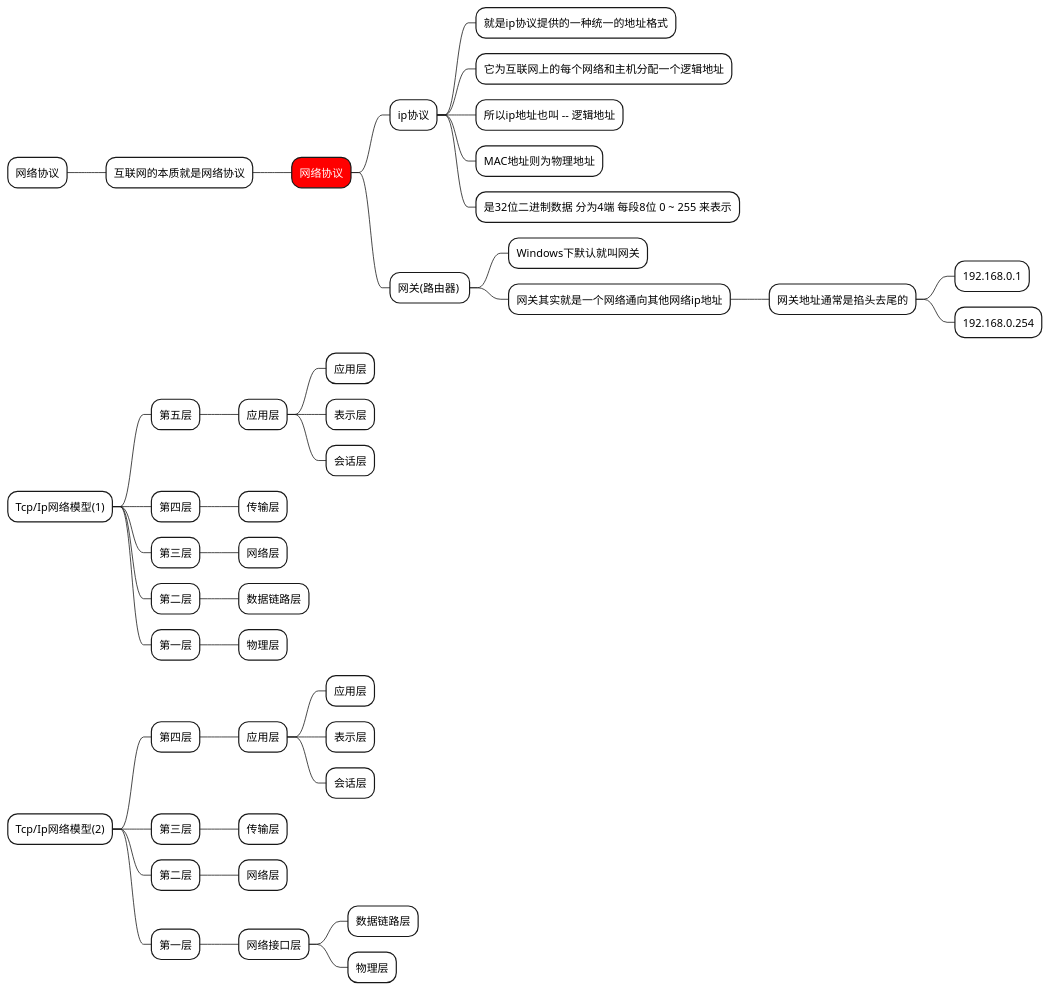
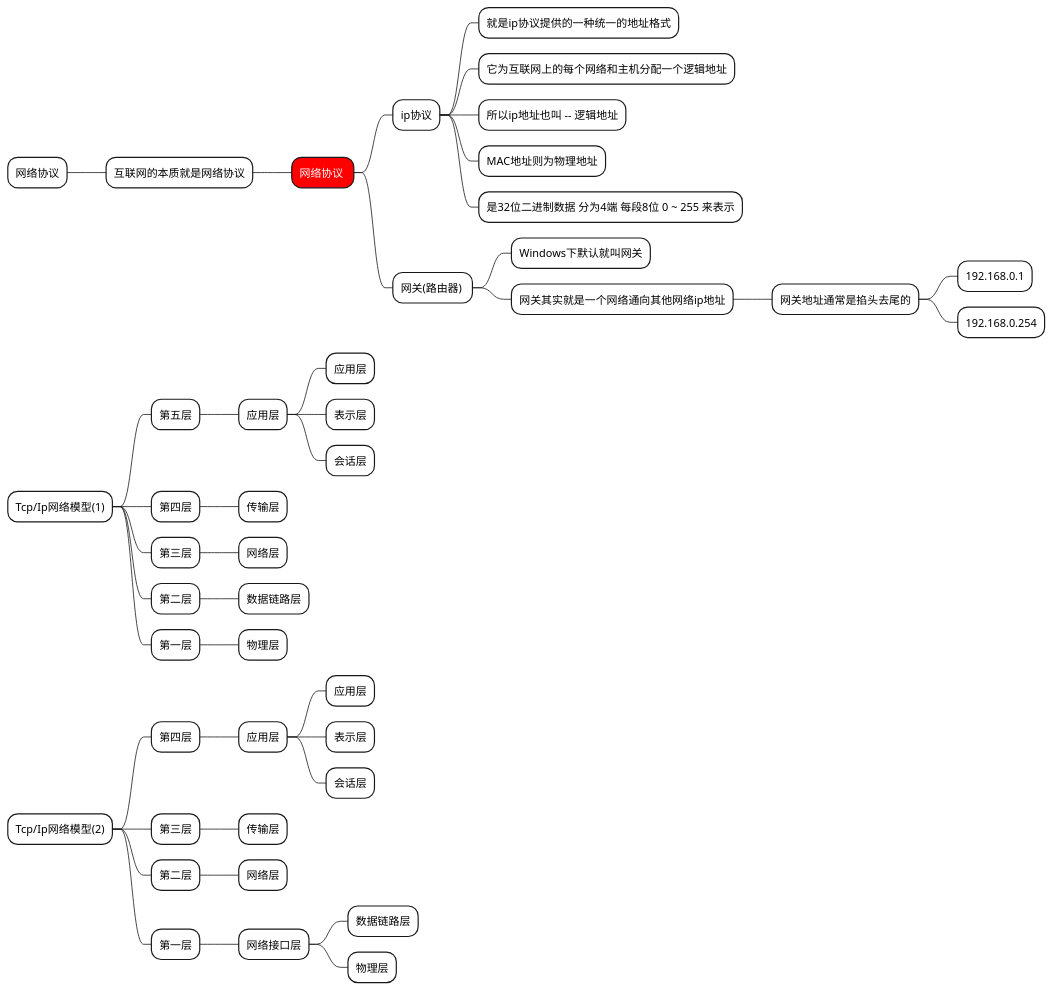
One commit to milk36/java-study-notes changed the diagram in TCP/tcp_base.puml. Above: the diagram before and after it, drawn with PlantUML. The commit also changed 3 other files, not shown here.

```diff
--- a/TCP/tcp_base.puml
+++ b/TCP/tcp_base.puml
@@ -1,66 +1,70 @@
 @startmindmap
 <style>
 mindmapDiagram {
     node {
         ' BackgroundColor lightGreen
         BackgroundColor white
     }
-    :depth(2) {
-      BackGroundColor red
-      FontColor white
+    ' :depth(2) {
+    '   BackGroundColor red
+    '   FontColor white
+    ' }
+    .red_node_style{
+       BackGroundColor red
+       FontColor white
     }
 }
 </style>
 * 网络协议
  * 互联网的本质就是网络协议
-  * 网络协议
+  *[#Red] 网络协议 <<red_node_style>>
    * ip协议
     * 就是ip协议提供的一种统一的地址格式
     * 它为互联网上的每个网络和主机分配一个逻辑地址
     * 所以ip地址也叫 -- 逻辑地址
     * MAC地址则为物理地址
     * 是32位二进制数据 分为4端 每段8位 0 ~ 255 来表示
    * 网关(路由器) 
     * Windows下默认就叫网关
     * 网关其实就是一个网络通向其他网络ip地址
      * 网关地址通常是掐头去尾的
       * 192.168.0.1
       * 192.168.0.254
 <style>
 node {
     BackgroundColor White
   }
 :depth(2) {
     FontColor Black
   }
 </style>
 * Tcp/Ip网络模型(1)
 ** 第五层
 *** 应用层
 **** 应用层
 **** 表示层
 **** 会话层
 ** 第四层
 *** 传输层
 ** 第三层
 *** 网络层
 ** 第二层
 *** 数据链路层
 ** 第一层
 *** 物理层
 
 * Tcp/Ip网络模型(2)
  * 第四层
   * 应用层
    * 应用层
    * 表示层
    * 会话层
  * 第三层
   * 传输层
  * 第二层
   * 网络层
  * 第一层
   * 网络接口层
    * 数据链路层
    * 物理层
 @endmindmap
```
